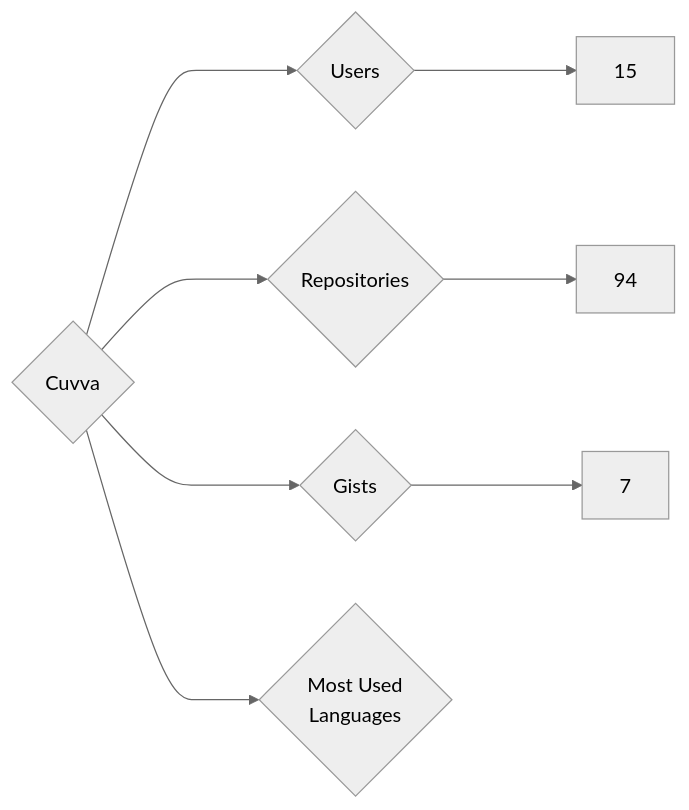
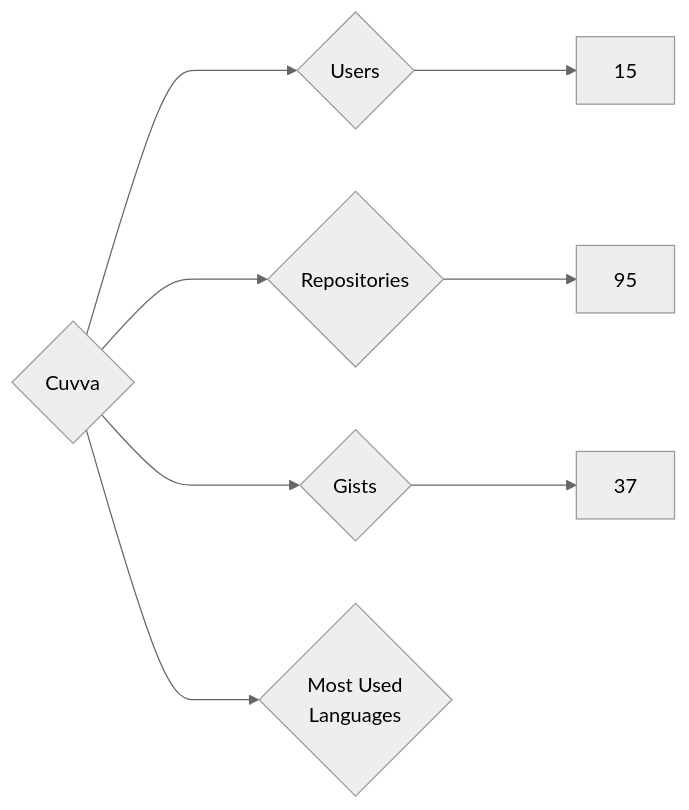
The diagram in targets/Cuvva/README.md (nenadzaric/insiders), drawn with Mermaid (neutral theme) before and after one commit. The commit also changed 1342 other files, not shown here.

````diff
--- a/targets/Cuvva/README.md
+++ b/targets/Cuvva/README.md
@@ -3,8 +3,8 @@
 ```mermaid
 graph LR
 COMPANY_NAME{Cuvva}
 COMPANY_NAME ---> U{Users} ---> UN[15]
-COMPANY_NAME ---> R{Repositories} ---> RN[94]
-COMPANY_NAME ---> G{Gists} ---> GN[7]
+COMPANY_NAME ---> R{Repositories} ---> RN[95]
+COMPANY_NAME ---> G{Gists} ---> GN[37]
 COMPANY_NAME ---> ML{Most Used<br>Languages}
 ```
````
